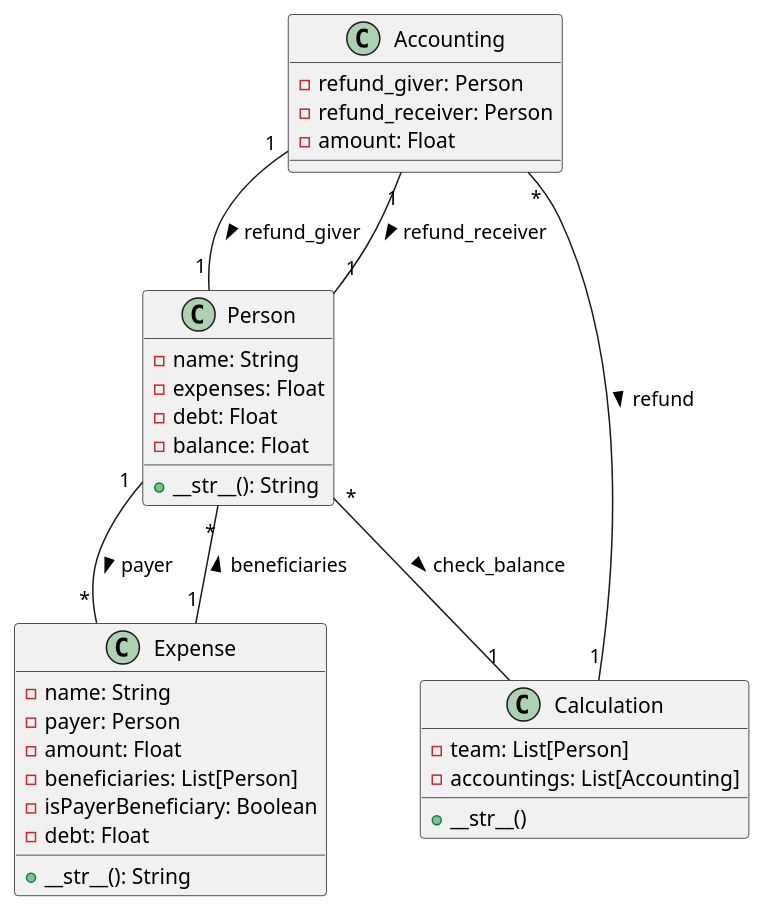
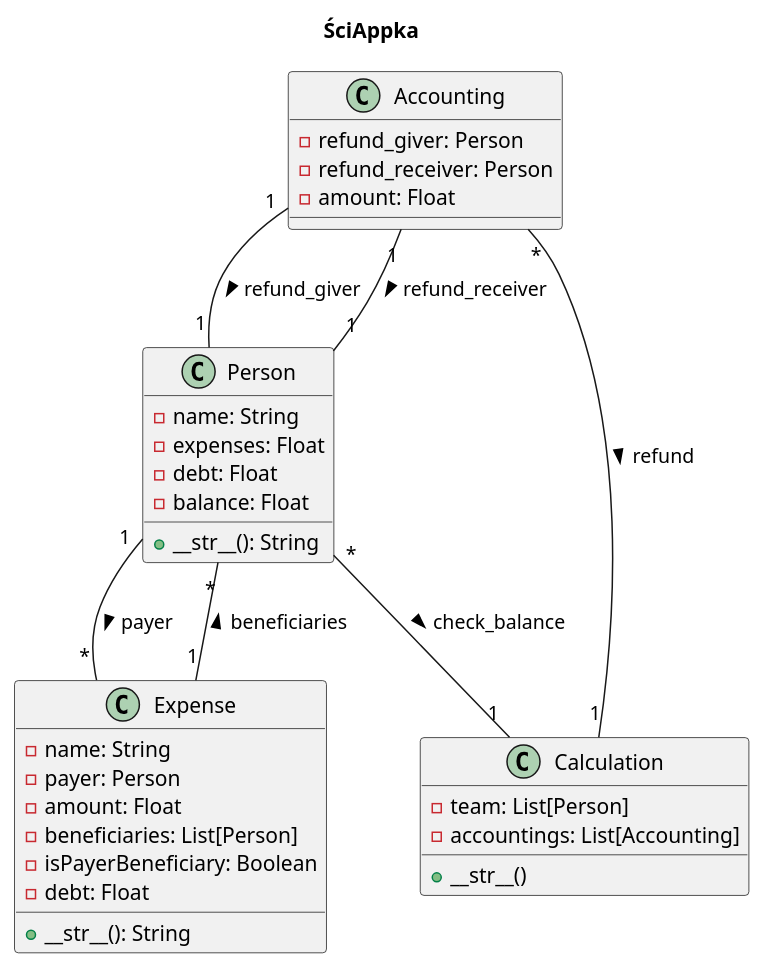
The diagram in docs/diagram_klas.puml (lukaszsz1991/SciAppka), drawn with PlantUML before and after one commit. The commit also changed 6 other files, not shown here.

Commit message:
Dodanie diagramu przypadków użycia, zmiany readme

```diff
--- a/docs/diagram_klas.puml
+++ b/docs/diagram_klas.puml
@@ -1,39 +1,40 @@
 @startuml
+Title ŚciAppka
 class Person {
     -name: String
     -expenses: Float
     -debt: Float
     -balance: Float
     +__str__(): String
 }
 
 class Expense{
     -name: String
     -payer: Person
     -amount: Float
     -beneficiaries: List[Person]
     -isPayerBeneficiary: Boolean
     -debt: Float
     +__str__(): String
 }
 
 class Accounting{
     -refund_giver: Person
     -refund_receiver: Person
     -amount: Float
 }
 
 class Calculation{
     -team: List[Person]
     -accountings: List[Accounting]
     +__str__()
 }
 
 Person "1"--"*" Expense : payer >
 Expense "1"--"*" Person  : beneficiaries >
 Accounting "1"--"1" Person : refund_giver >
 Accounting "1"--"1" Person : refund_receiver >
 Accounting "*"--"1" Calculation : refund >
 Person "*"--"1" Calculation: check_balance >
 
 @enduml
```
